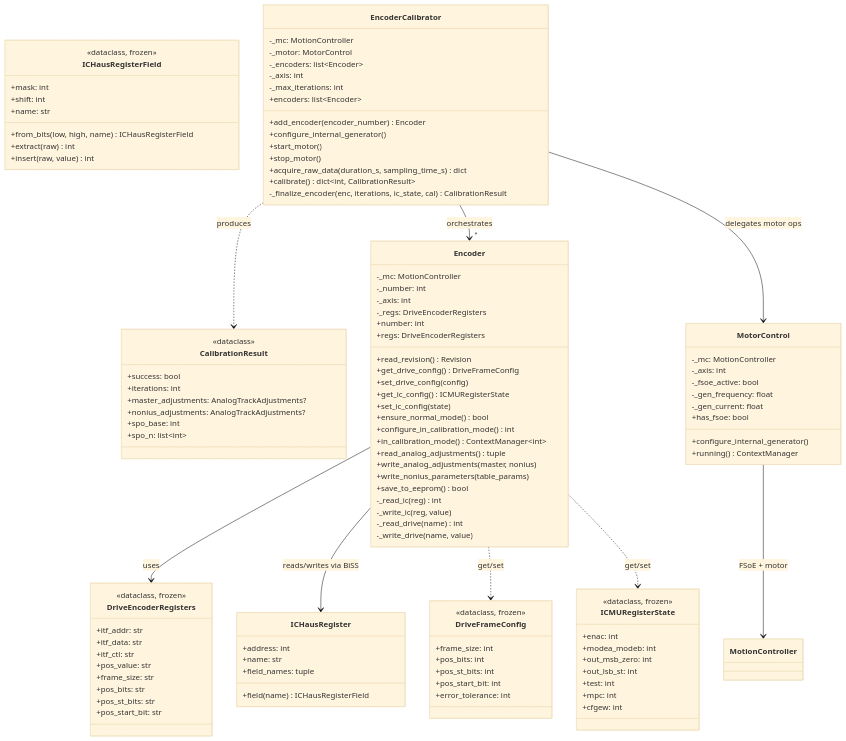
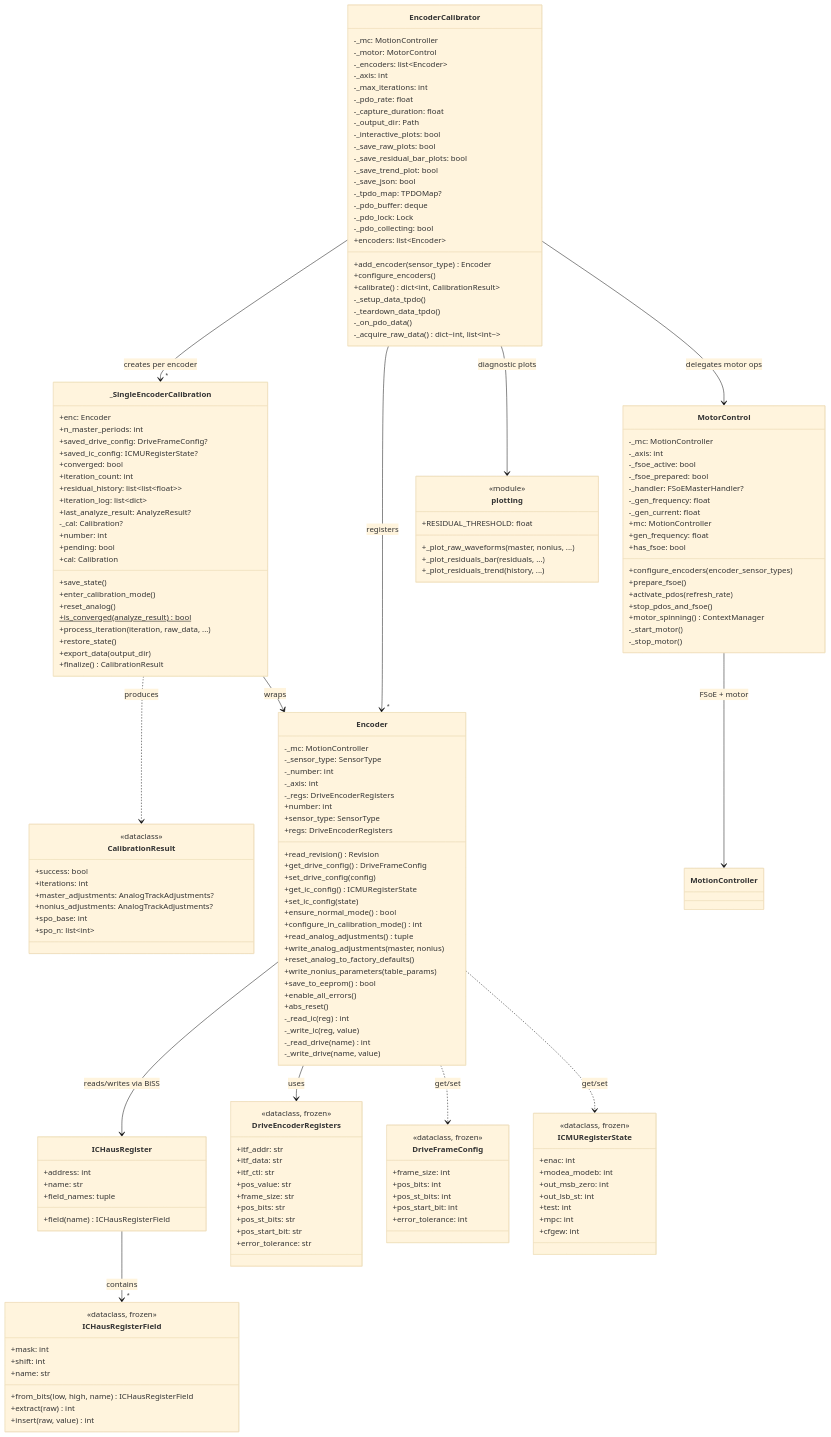
Before and after one commit to ingeniamc/iC-Haus-magnetic-encoder-calibration: the third of 3 diagrams in architecture.md, drawn with Mermaid (base theme). The commit also changed other lines of this file and 19 other files, not shown here.

````diff
--- a/architecture.md
+++ b/architecture.md
@@ -252,6 +276,7 @@
         +pos_bits: str
         +pos_st_bits: str
         +pos_start_bit: str
+        +error_tolerance: str
     }
 
     class DriveFrameConfig {
@@ -286,10 +311,12 @@
 
     class Encoder {
         -_mc: MotionController
+        -_sensor_type: SensorType
         -_number: int
         -_axis: int
         -_regs: DriveEncoderRegisters
         +number: int
+        +sensor_type: SensorType
         +regs: DriveEncoderRegisters
         +read_revision() Revision
         +get_drive_config() DriveFrameConfig
@@ -298,11 +325,13 @@
         +set_ic_config(state)
         +ensure_normal_mode() bool
         +configure_in_calibration_mode() int
-        +in_calibration_mode() ContextManager~int~
         +read_analog_adjustments() tuple
         +write_analog_adjustments(master, nonius)
+        +reset_analog_to_factory_defaults()
         +write_nonius_parameters(table_params)
         +save_to_eeprom() bool
+        +enable_all_errors()
+        +abs_reset()
         -_read_ic(reg) int
         -_write_ic(reg, value)
         -_read_drive(name) int
@@ -313,11 +342,44 @@
         -_mc: MotionController
         -_axis: int
         -_fsoe_active: bool
+        -_fsoe_prepared: bool
+        -_handler: FSoEMasterHandler?
         -_gen_frequency: float
         -_gen_current: float
+        +mc: MotionController
+        +gen_frequency: float
         +has_fsoe: bool
-        +configure_internal_generator()
-        +running() ContextManager
+        +configure_encoders(encoder_sensor_types)
+        +prepare_fsoe()
+        +activate_pdos(refresh_rate)
+        +stop_pdos_and_fsoe()
+        +motor_spinning() ContextManager
+        -_start_motor()
+        -_stop_motor()
+    }
+
+    class _SingleEncoderCalibration {
+        +enc: Encoder
+        +n_master_periods: int
+        +saved_drive_config: DriveFrameConfig?
+        +saved_ic_config: ICMURegisterState?
+        +converged: bool
+        +iteration_count: int
+        +residual_history: list~list~float~~
+        +iteration_log: list~dict~
+        +last_analyze_result: AnalyzeResult?
+        -_cal: Calibration?
+        +number: int
+        +pending: bool
+        +cal: Calibration
+        +save_state()
+        +enter_calibration_mode()
+        +reset_analog()
+        +is_converged(analyze_result) bool$
+        +process_iteration(iteration, raw_data, ...)
+        +restore_state()
+        +export_data(output_dir)
+        +finalize() CalibrationResult
     }
 
     class EncoderCalibrator {
@@ -326,22 +388,46 @@
         -_encoders: list~Encoder~
         -_axis: int
         -_max_iterations: int
+        -_pdo_rate: float
+        -_capture_duration: float
+        -_output_dir: Path
+        -_interactive_plots: bool
+        -_save_raw_plots: bool
+        -_save_residual_bar_plots: bool
+        -_save_trend_plot: bool
+        -_save_json: bool
+        -_tpdo_map: TPDOMap?
+        -_pdo_buffer: deque
+        -_pdo_lock: Lock
+        -_pdo_collecting: bool
         +encoders: list~Encoder~
-        +add_encoder(encoder_number) Encoder
-        +configure_internal_generator()
-        +start_motor()
-        +stop_motor()
-        +acquire_raw_data(duration_s, sampling_time_s) dict
+        +add_encoder(sensor_type) Encoder
+        +configure_encoders()
         +calibrate() dict~int, CalibrationResult~
-        -_finalize_encoder(enc, iterations, ic_state, cal) CalibrationResult
+        -_setup_data_tpdo()
+        -_teardown_data_tpdo()
+        -_on_pdo_data()
+        -_acquire_raw_data() dict~int, list~int~~
     }
 
+    class plotting {
+        <<module>>
+        +RESIDUAL_THRESHOLD: float
+        +_plot_raw_waveforms(master, nonius, ...)
+        +_plot_residuals_bar(residuals, ...)
+        +_plot_residuals_trend(history, ...)
+    }
+
+    ICHausRegister --> "*" ICHausRegisterField : contains
     Encoder --> DriveEncoderRegisters : uses
     Encoder --> ICHausRegister : reads/writes via BiSS
-    EncoderCalibrator --> "*" Encoder : orchestrates
+    _SingleEncoderCalibration --> Encoder : wraps
+    EncoderCalibrator --> "*" _SingleEncoderCalibration : creates per encoder
+    EncoderCalibrator --> "*" Encoder : registers
     EncoderCalibrator --> MotorControl : delegates motor ops
+    EncoderCalibrator --> plotting : diagnostic plots
     MotorControl --> MotionController : FSoE + motor
     Encoder ..> DriveFrameConfig : get/set
     Encoder ..> ICMURegisterState : get/set
-    EncoderCalibrator ..> CalibrationResult : produces
+    _SingleEncoderCalibration ..> CalibrationResult : produces
 ```
````
